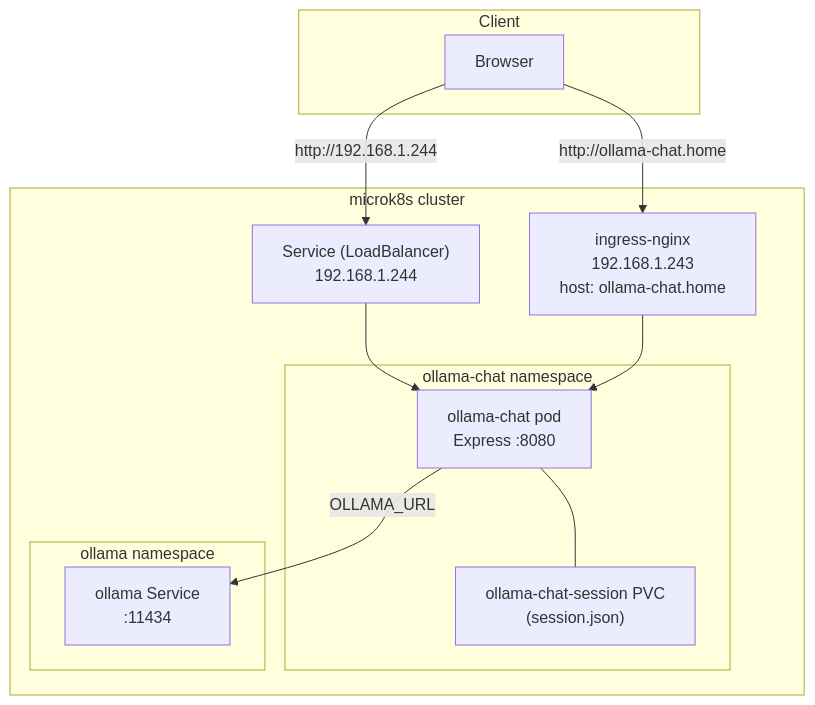
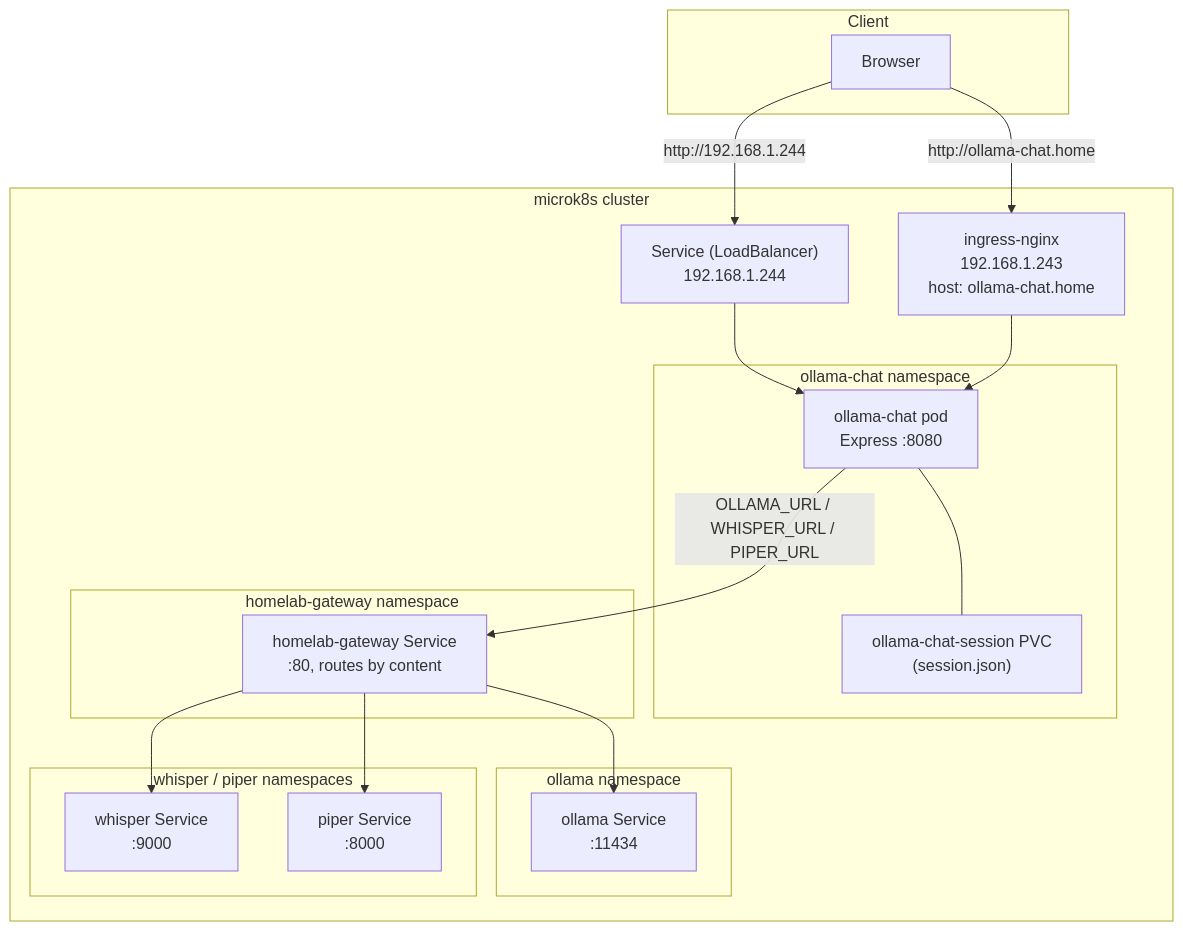
Before and after one commit to koydas/ollama-chat: the eighth of 8 diagrams in docs/architecture.md, drawn with Mermaid. The commit also changed other lines of this file and 3 other files, not shown here.

First line of the commit message:
Route production backend calls through homelab-gateway

````diff
--- a/docs/architecture.md
+++ b/docs/architecture.md
@@ -194,21 +205,31 @@
 ```mermaid
 flowchart TB
     subgraph Client
         Browser
     end
     subgraph "microk8s cluster"
         subgraph "ollama-chat namespace"
             Pod["ollama-chat pod<br/>Express :8080"]
             PVC["ollama-chat-session PVC<br/>(session.json)"]
             Pod --- PVC
         end
+        subgraph "homelab-gateway namespace"
+            GatewaySvc["homelab-gateway Service<br/>:80, routes by content"]
+        end
         subgraph "ollama namespace"
             OllamaSvc["ollama Service<br/>:11434"]
+        end
+        subgraph "whisper / piper namespaces"
+            WhisperSvc["whisper Service<br/>:9000"]
+            PiperSvc["piper Service<br/>:8000"]
         end
         SvcLB["Service (LoadBalancer)<br/>192.168.1.244"]
         Ing["ingress-nginx<br/>192.168.1.243<br/>host: ollama-chat.home"]
     end
     Browser -->|http://192.168.1.244| SvcLB --> Pod
     Browser -->|http://ollama-chat.home| Ing --> Pod
-    Pod -->|OLLAMA_URL| OllamaSvc
+    Pod -->|OLLAMA_URL / WHISPER_URL / PIPER_URL| GatewaySvc
+    GatewaySvc --> OllamaSvc
+    GatewaySvc --> WhisperSvc
+    GatewaySvc --> PiperSvc
 ```
````
